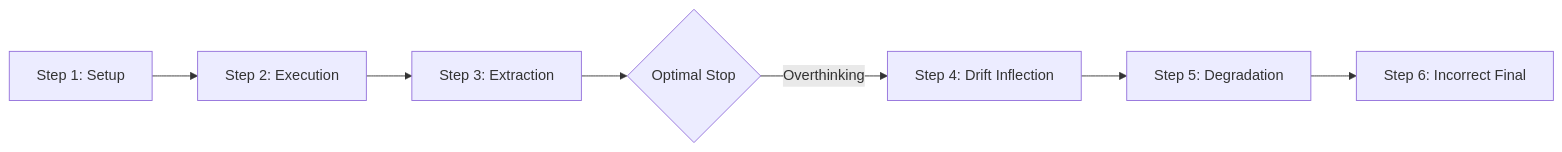
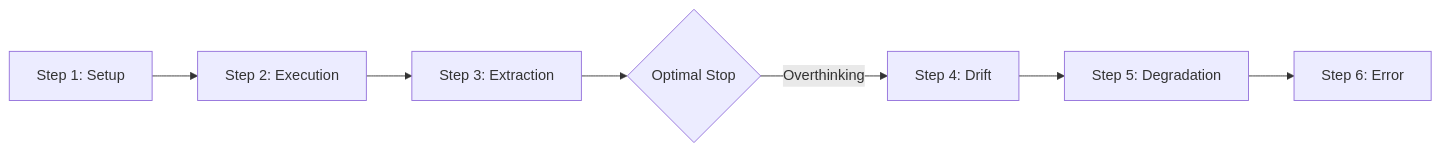
The second of 10 diagrams in ThesisDocs/July_16_Progress.md (bhattadiCS/research-thesis-overthinking-boundary), drawn with Mermaid before and after one commit. The commit also changed other lines of this file and 2 other files, not shown here.

````diff
--- a/ThesisDocs/July_16_Progress.md
+++ b/ThesisDocs/July_16_Progress.md
@@ -65,9 +54,5 @@
   ```mermaid
   graph LR
-      S1[Step 1: Setup] --> S2[Step 2: Execution]
-      S2 --> S3[Step 3: Extraction]
-      S3 --> S4{Optimal Stop}
-      S4 -->|Overthinking| S5[Step 4: Drift Inflection]
-      S5 --> S6[Step 5: Degradation]
-      S6 --> S7[Step 6: Incorrect Final]
+      S1[Step 1: Setup] --> S2[Step 2: Execution] --> S3[Step 3: Extraction] --> S4{Optimal Stop}
+      S4 -->|Overthinking| S5[Step 4: Drift] --> S6[Step 5: Degradation] --> S7[Step 6: Error]
   ```
````
